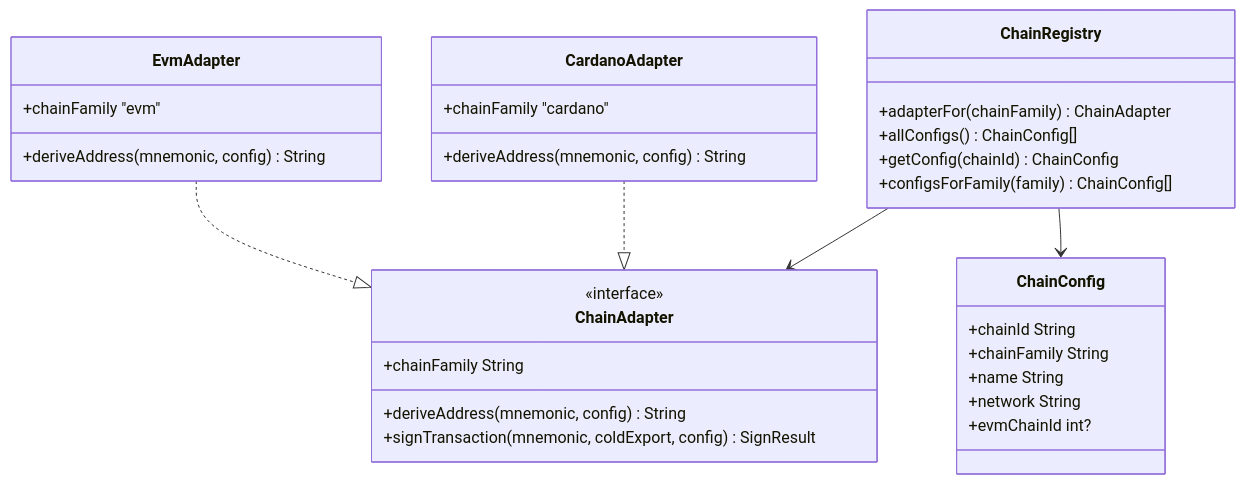
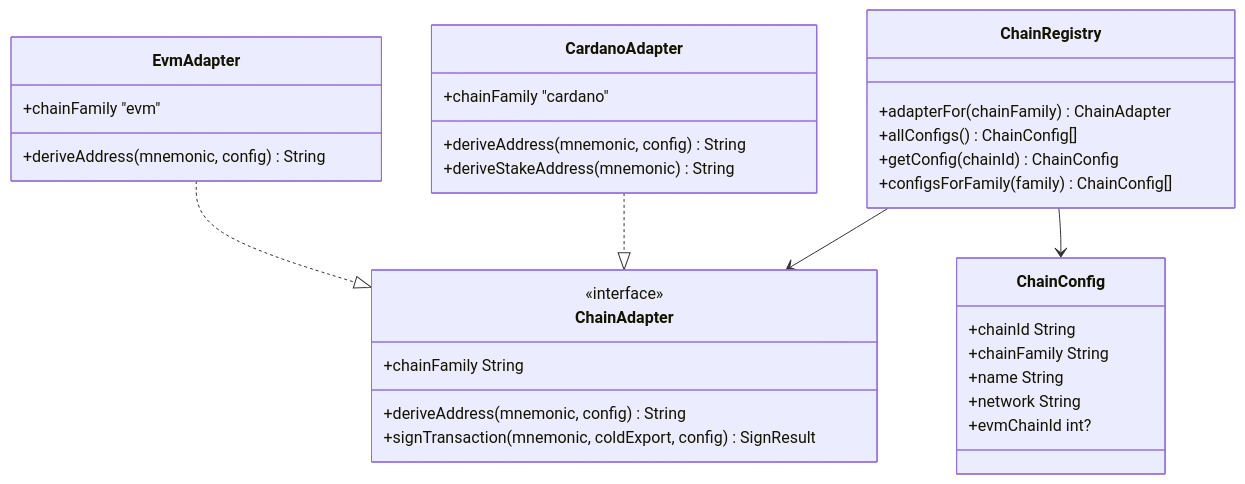
Before and after one commit to EqualToEthan/stasis: the fourth of 7 diagrams in .qoder/repowiki/zh/content/用户界面/冷钱包App界面/钱包设置界面.md, drawn with Mermaid. The commit also changed other lines of this file and 60 other files, not shown here.

````diff
--- a/.qoder/repowiki/zh/content/用户界面/冷钱包App界面/钱包设置界面.md
+++ b/.qoder/repowiki/zh/content/用户界面/冷钱包App界面/钱包设置界面.md
@@ -317,34 +377,35 @@
 ```mermaid
 classDiagram
 class ChainRegistry {
 +adapterFor(chainFamily) ChainAdapter
 +allConfigs() ChainConfig[]
 +getConfig(chainId) ChainConfig
 +configsForFamily(family) ChainConfig[]
 }
 class ChainAdapter {
 <<interface>>
 +chainFamily String
 +deriveAddress(mnemonic, config) String
 +signTransaction(mnemonic, coldExport, config) SignResult
 }
 class CardanoAdapter {
 +chainFamily "cardano"
 +deriveAddress(mnemonic, config) String
++deriveStakeAddress(mnemonic) String
 }
 class EvmAdapter {
 +chainFamily "evm"
 +deriveAddress(mnemonic, config) String
 }
 class ChainConfig {
 +chainId String
 +chainFamily String
 +name String
 +network String
 +evmChainId int?
 }
 ChainRegistry --> ChainAdapter
 ChainRegistry --> ChainConfig
 CardanoAdapter ..|> ChainAdapter
 EvmAdapter ..|> ChainAdapter
 ```
````
